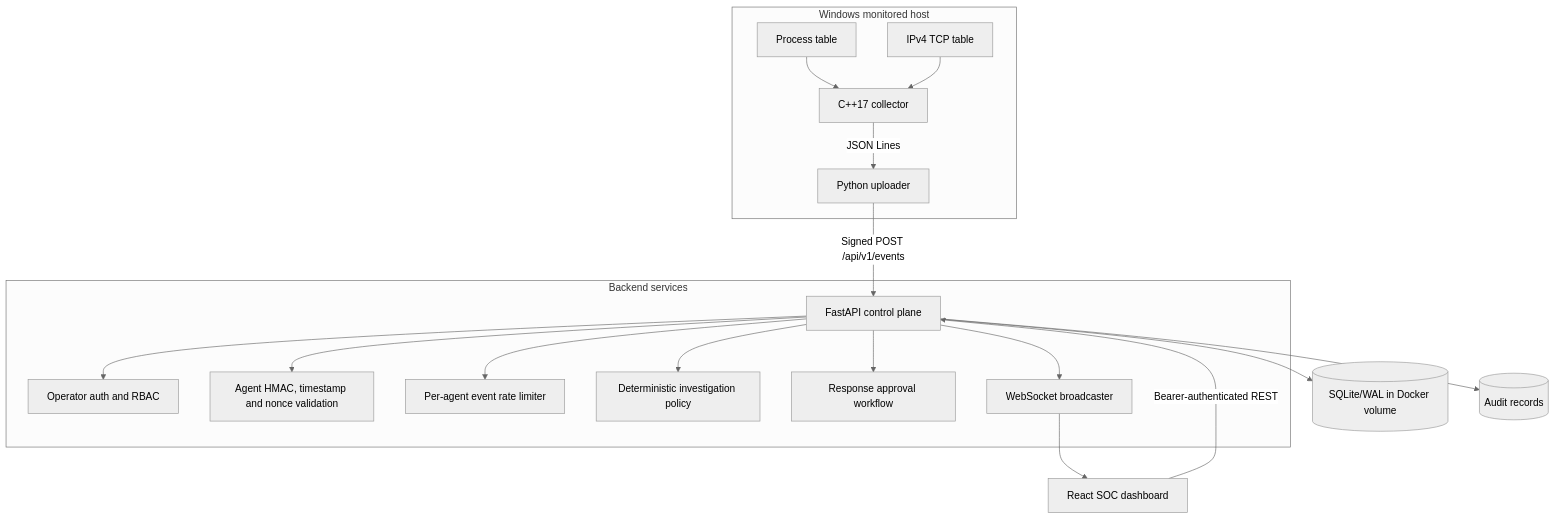
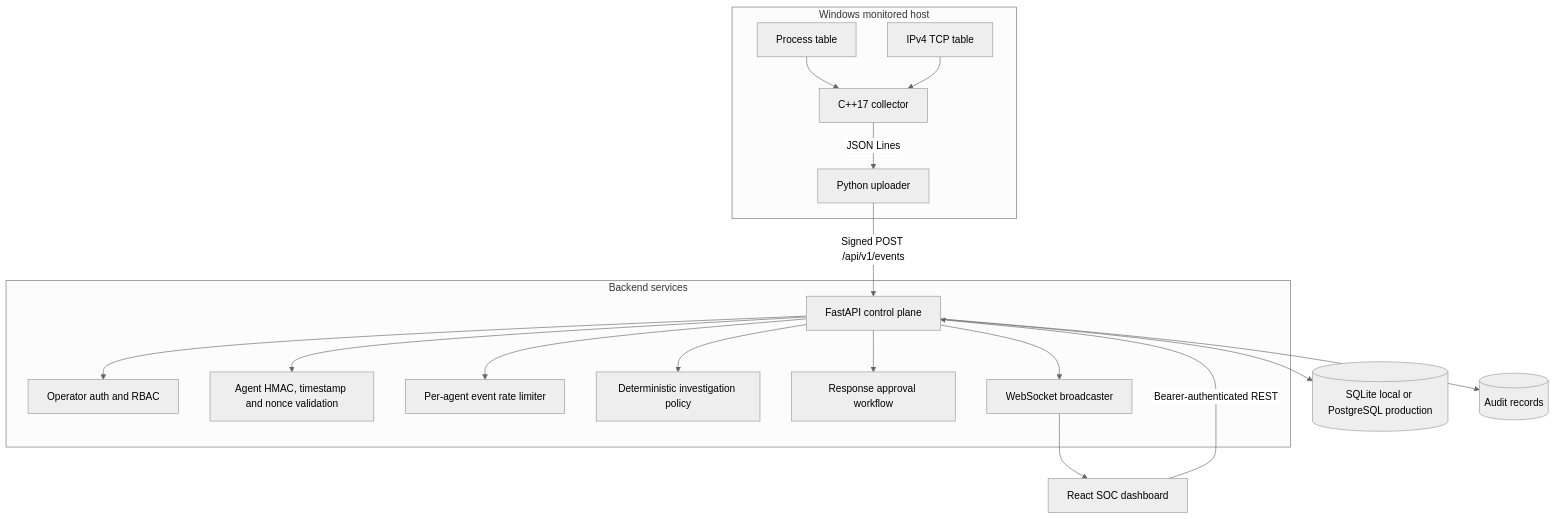
The first of 6 diagrams in docs/architecture.md (shivansh-kumar-adi/AgentSec-Plus-Plus), drawn with Mermaid (neutral theme) before and after one commit. The commit also changed other lines of this file and 13 other files, not shown here.

Commit message:
Add PostgreSQL support and deployment configuration

````diff
--- a/docs/architecture.md
+++ b/docs/architecture.md
@@ -5,21 +5,21 @@
 ```mermaid
 flowchart TB
   subgraph Host[Windows monitored host]
     P[Process table] --> C[C++17 collector]
     N[IPv4 TCP table] --> C
     C -->|JSON Lines| U[Python uploader]
   end
   U -->|Signed POST /api/v1/events| API[FastAPI control plane]
   subgraph Control[Backend services]
     API --> AUTH[Operator auth and RBAC]
     API --> VERIFY[Agent HMAC, timestamp and nonce validation]
     API --> LIMIT[Per-agent event rate limiter]
     API --> POLICY[Deterministic investigation policy]
     API --> APPROVAL[Response approval workflow]
     API --> STREAM[WebSocket broadcaster]
   end
-  API --> DB[(SQLite/WAL in Docker volume)]
+  API --> DB[(SQLite local or PostgreSQL production)]
   API --> AUDIT[(Audit records)]
   STREAM --> UI[React SOC dashboard]
   UI -->|Bearer-authenticated REST| API
 ```
````
